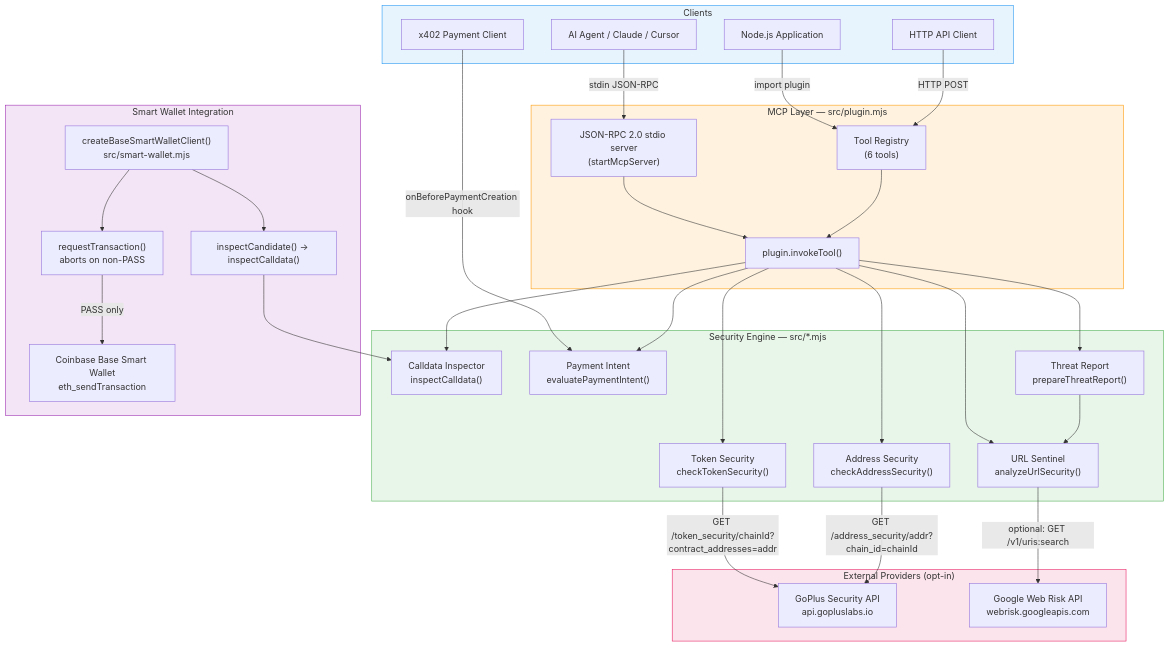
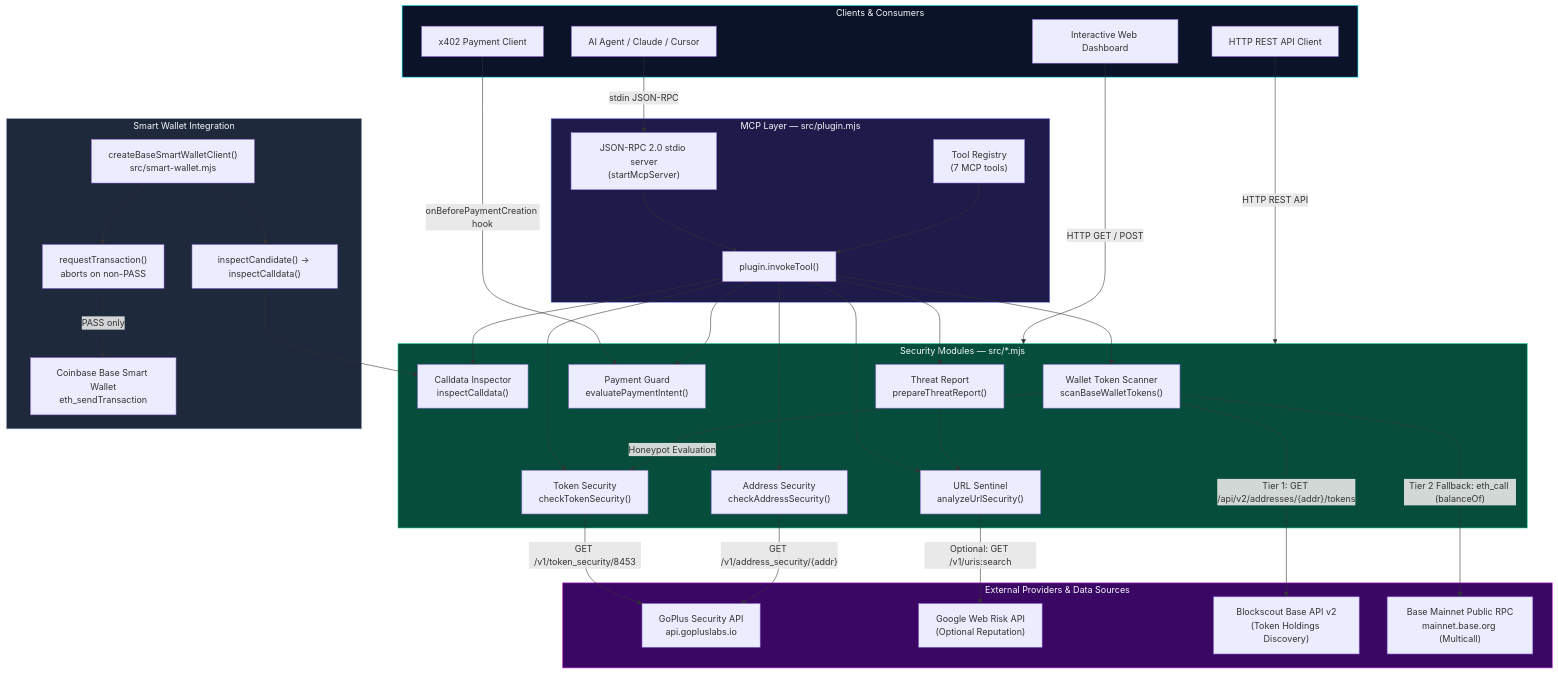
One commit to technea/PayGuard. changed the diagram in docs/architecture.md. Above: the diagram before and after it, drawn with Mermaid. The commit also changed other lines of this file and 22 other files, not shown here.

Commit message:
feat: refocus PayGuard website and docs on ecosystem security

````diff
--- a/docs/architecture.md
+++ b/docs/architecture.md
@@ -13,66 +13,73 @@
 ```mermaid
 flowchart TD
-    subgraph Clients["Clients"]
+    subgraph Clients["Clients & Consumers"]
         A1["AI Agent / Claude / Cursor"]
-        A2["Node.js Application"]
-        A3["HTTP API Client"]
+        A2["Interactive Web Dashboard"]
+        A3["HTTP REST API Client"]
         A4["x402 Payment Client"]
     end
 
     subgraph MCP["MCP Layer — src/plugin.mjs"]
         B1["JSON-RPC 2.0 stdio server<br/>(startMcpServer)"]
-        B2["Tool Registry<br/>(6 tools)"]
+        B2["Tool Registry<br/>(7 MCP tools)"]
         B3["plugin.invokeTool()"]
     end
 
-    subgraph Security["Security Engine — src/*.mjs"]
+    subgraph Security["Security Modules — src/*.mjs"]
         C1["URL Sentinel<br/>analyzeUrlSecurity()"]
         C2["Calldata Inspector<br/>inspectCalldata()"]
         C3["Token Security<br/>checkTokenSecurity()"]
         C4["Address Security<br/>checkAddressSecurity()"]
-        C5["Payment Intent<br/>evaluatePaymentIntent()"]
-        C6["Threat Report<br/>prepareThreatReport()"]
+        C5["Wallet Token Scanner<br/>scanBaseWalletTokens()"]
+        C6["Payment Guard<br/>evaluatePaymentIntent()"]
+        C7["Threat Report<br/>prepareThreatReport()"]
     end
 
-    subgraph External["External Providers (opt-in)"]
+    subgraph External["External Providers & Data Sources"]
         D1["GoPlus Security API<br/>api.gopluslabs.io"]
-        D2["Google Web Risk API<br/>webrisk.googleapis.com"]
+        D2["Google Web Risk API<br/>(Optional Reputation)"]
+        D3["Blockscout Base API v2<br/>(Token Holdings Discovery)"]
+        D4["Base Mainnet Public RPC<br/>mainnet.base.org (Multicall)"]
     end
 
     subgraph SmartWallet["Smart Wallet Integration"]
         E1["createBaseSmartWalletClient()<br/>src/smart-wallet.mjs"]
         E2["inspectCandidate() → inspectCalldata()"]
         E3["requestTransaction()<br/>aborts on non-PASS"]
         E4["Coinbase Base Smart Wallet<br/>eth_sendTransaction"]
     end
 
     A1 -->|"stdin JSON-RPC"| B1
-    A2 -->|"import plugin"| B2
-    A3 -->|"HTTP POST"| B2
-    A4 -->|"onBeforePaymentCreation hook"| C5
+    A2 -->|"HTTP GET / POST"| Security
+    A3 -->|"HTTP REST API"| Security
+    A4 -->|"onBeforePaymentCreation hook"| C6
 
     B1 --> B3
     B2 --> B3
     B3 --> C1
     B3 --> C2
     B3 --> C3
     B3 --> C4
     B3 --> C5
     B3 --> C6
+    B3 --> C7
 
-    C3 -->|"GET /token_security/chainId?contract_addresses=addr"| D1
-    C4 -->|"GET /address_security/addr?chain_id=chainId"| D1
-    C1 -->|"optional: GET /v1/uris:search"| D2
-    C6 --> C1
+    C3 -->|"GET /v1/token_security/8453"| D1
+    C4 -->|"GET /v1/address_security/{addr}"| D1
+    C1 -->|"Optional: GET /v1/uris:search"| D2
+    C5 -->|"Tier 1: GET /api/v2/addresses/{addr}/tokens"| D3
+    C5 -->|"Tier 2 Fallback: eth_call (balanceOf)"| D4
+    C5 -->|"Honeypot Evaluation"| C3
+    C7 --> C1
 
     E1 --> E2
     E2 --> C2
     E1 --> E3
     E3 -->|"PASS only"| E4
 
-    style Clients fill:#e8f4fd,stroke:#2196F3
-    style MCP fill:#fff3e0,stroke:#FF9800
-    style Security fill:#e8f5e9,stroke:#4CAF50
-    style External fill:#fce4ec,stroke:#E91E63
-    style SmartWallet fill:#f3e5f5,stroke:#9C27B0
+    style Clients fill:#0b1329,stroke:#00f0ff,color:#f8fafc
+    style MCP fill:#1e1b4b,stroke:#818cf8,color:#f8fafc
+    style Security fill:#064e3b,stroke:#10b981,color:#f8fafc
+    style External fill:#3b0764,stroke:#d946ef,color:#f8fafc
+    style SmartWallet fill:#1e293b,stroke:#94a3b8,color:#f8fafc
 ```
````
